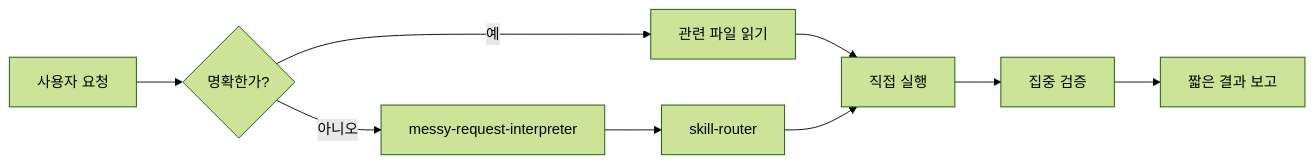
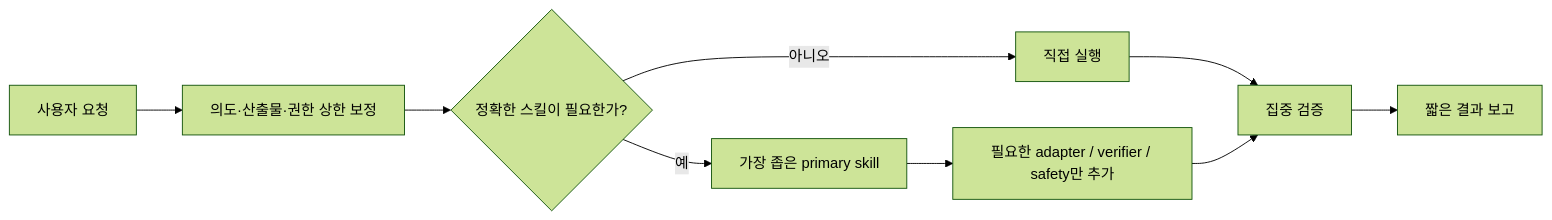
Before and after one commit to Seung-Won-Yu/codex-agent-kit: the diagram in README.md, drawn with Mermaid (forest theme). The commit also changed other lines of this file and 278 other files, not shown here.

````diff
--- a/README.md
+++ b/README.md
@@ -27,11 +46,11 @@
 ```mermaid
 flowchart LR
-  A["사용자 요청"] --> B{"명확한가?"}
-  B -- "예" --> C["관련 파일 읽기"]
-  C --> D["직접 실행"]
-  D --> E["집중 검증"]
-  E --> F["짧은 결과 보고"]
-  B -- "아니오" --> G["messy-request-interpreter"]
-  G --> H["skill-router"]
-  H --> D
+  A["사용자 요청"] --> B["의도·산출물·권한 상한 보정"]
+  B --> C{"정확한 스킬이 필요한가?"}
+  C -- "아니오" --> D["직접 실행"]
+  C -- "예" --> E["가장 좁은 primary skill"]
+  E --> F["필요한 adapter / verifier / safety만 추가"]
+  D --> G["집중 검증"]
+  F --> G
+  G --> H["짧은 결과 보고"]
 ```
````
